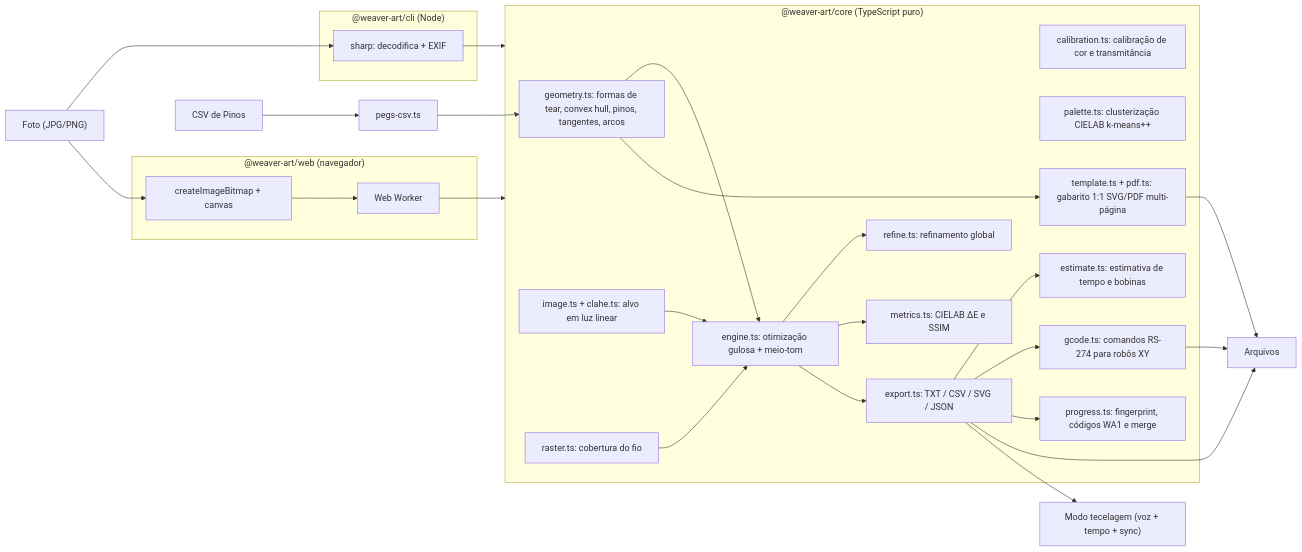
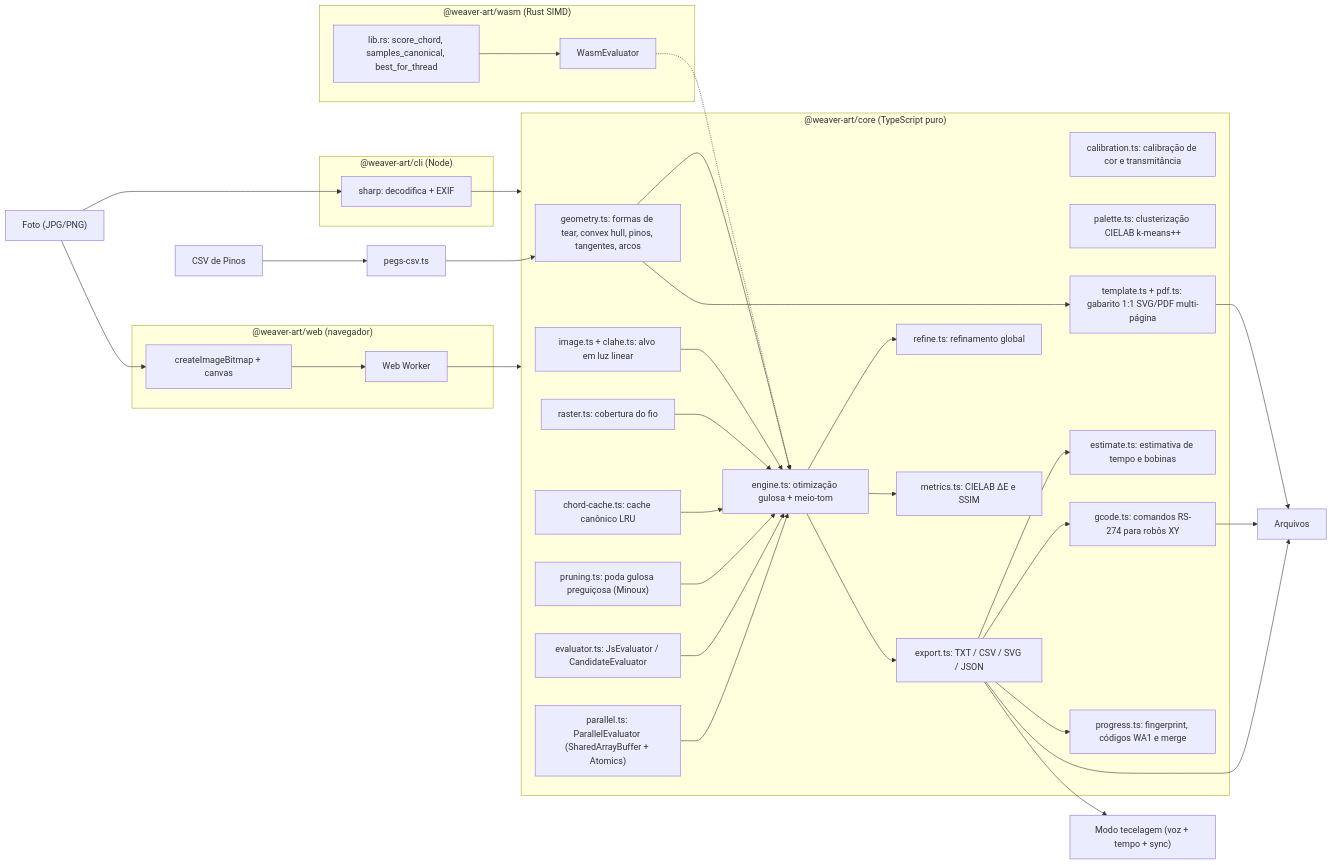
The diagram in docs/ARCHITECTURE.md (AyrtonLoks/weaver-art), drawn with Mermaid before and after one commit. The commit also changed other lines of this file and 55 other files, not shown here.

First line of the commit message:
feat: conclui v0.5.0 com aceleracao SIMD WASM, cache de cordas, poda de Minoux e paralelismo multi-worker

````diff
--- a/docs/ARCHITECTURE.md
+++ b/docs/ARCHITECTURE.md
@@ -5,37 +5,45 @@
 ```mermaid
 flowchart LR
   photo["Foto (JPG/PNG)"] --> decode
   csvIn["CSV de Pinos"] --> pegsCsv["pegs-csv.ts"]
   subgraph cli["@weaver-art/cli (Node)"]
     decode["sharp: decodifica + EXIF"]
   end
   subgraph web["@weaver-art/web (navegador)"]
     bitmap["createImageBitmap + canvas"] --> worker["Web Worker"]
   end
   photo --> bitmap
   decode --> core
   worker --> core
   pegsCsv --> geo
   subgraph core["@weaver-art/core (TypeScript puro)"]
     prep["image.ts + clahe.ts: alvo em luz linear"] --> engine["engine.ts: otimização gulosa + meio-tom"]
     geo["geometry.ts: formas de tear, convex hull, pinos, tangentes, arcos"] --> engine
     ras["raster.ts: cobertura do fio"] --> engine
+    cache["chord-cache.ts: cache canônico LRU"] --> engine
+    prune["pruning.ts: poda gulosa preguiçosa (Minoux)"] --> engine
+    eval["evaluator.ts: JsEvaluator / CandidateEvaluator"] --> engine
+    par["parallel.ts: ParallelEvaluator (SharedArrayBuffer + Atomics)"] --> engine
     engine --> refine["refine.ts: refinamento global"]
     engine --> metrics["metrics.ts: CIELAB ΔE e SSIM"]
     engine --> exp["export.ts: TXT / CSV / SVG / JSON"]
     calib["calibration.ts: calibração de cor e transmitância"]
     pal["palette.ts: clusterização CIELAB k-means++"]
     tmpl["template.ts + pdf.ts: gabarito 1:1 SVG/PDF multi-página"]
     geo --> tmpl
     est["estimate.ts: estimativa de tempo e bobinas"]
     gc["gcode.ts: comandos RS-274 para robôs XY"]
     prog["progress.ts: fingerprint, códigos WA1 e merge"]
     exp --> est
     exp --> gc
     exp --> prog
   end
+  subgraph wasm["@weaver-art/wasm (Rust SIMD)"]
+    rust["lib.rs: score_chord, samples_canonical, best_for_thread"] --> wasmEval["WasmEvaluator"]
+  end
+  wasmEval -.-> engine
   exp --> files["Arquivos"]
   tmpl --> files
   gc --> files
   exp --> player["Modo tecelagem (voz + tempo + sync)"]
 ```
````
